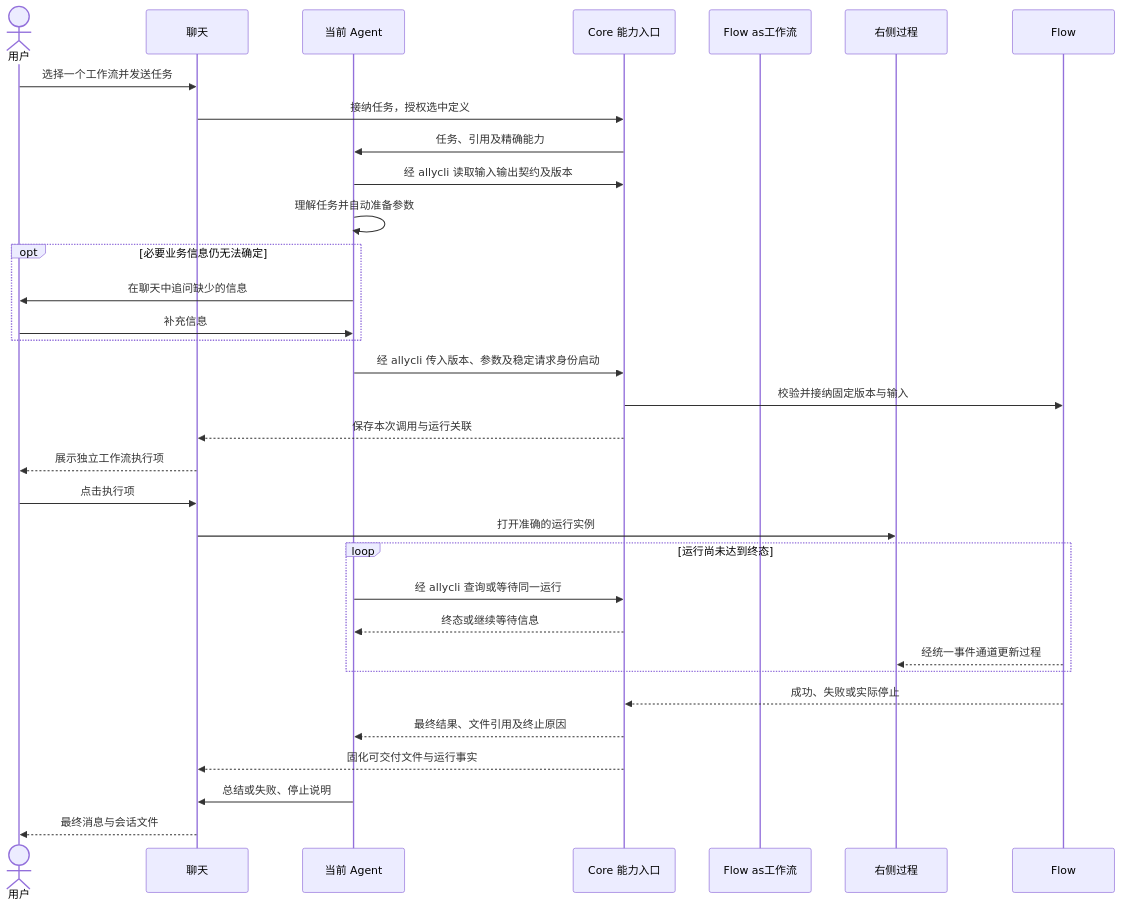
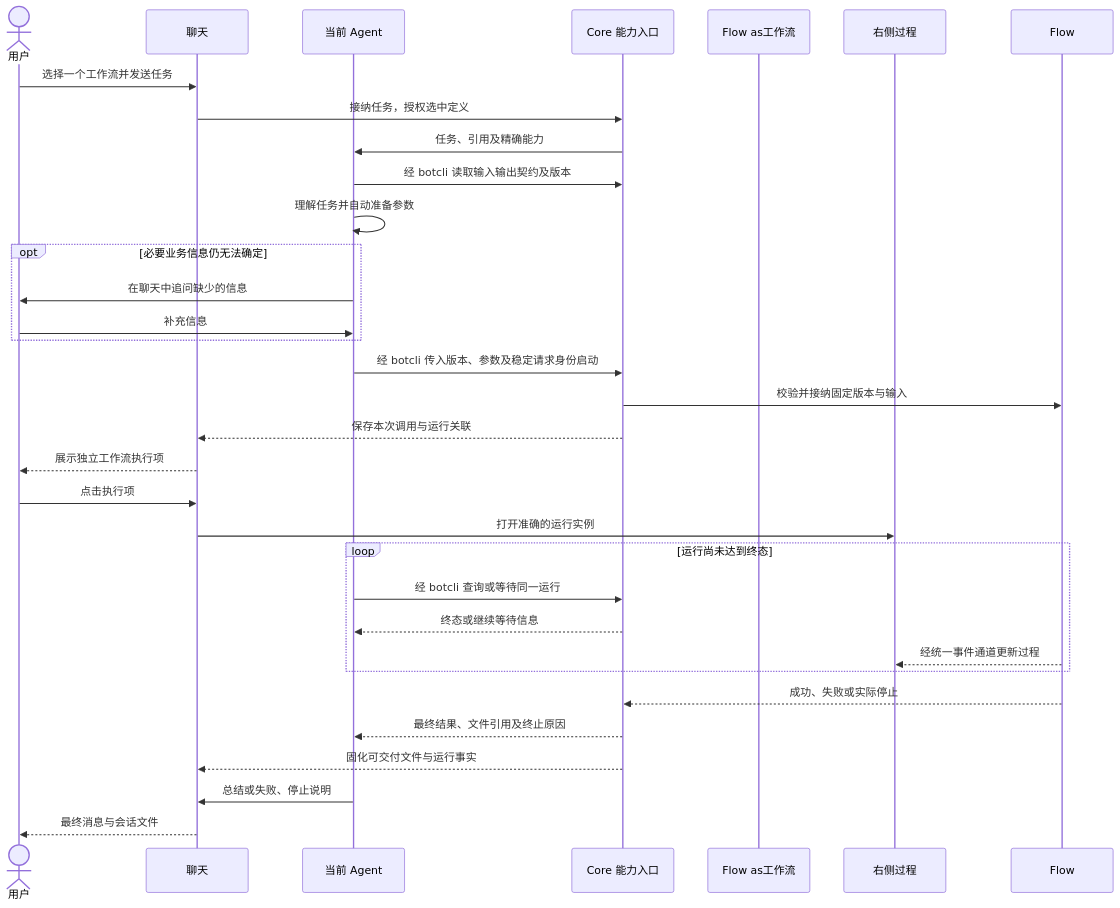
One commit to JieWaZi/NeuxBot changed the second of 2 diagrams in docs/discussions/workflow-agent-chat-cn.md. Above: the diagram before and after it, drawn with Mermaid. The commit also changed other lines of this file and 434 other files, not shown here.

````diff
--- a/docs/discussions/workflow-agent-chat-cn.md
+++ b/docs/discussions/workflow-agent-chat-cn.md
@@ -76,34 +76,34 @@
 ```mermaid
 sequenceDiagram
   actor User as 用户
   participant Chat as 聊天
   participant Agent as 当前 Agent
   participant Core as Core 能力入口
   participant Flow as工作流
   participant Panel as 右侧过程
   User->>Chat: 选择一个工作流并发送任务
   Chat->>Core: 接纳任务，授权选中定义
   Core->>Agent: 任务、引用及精确能力
-  Agent->>Core: 经 allycli 读取输入输出契约及版本
+  Agent->>Core: 经 botcli 读取输入输出契约及版本
   Agent->>Agent: 理解任务并自动准备参数
   opt 必要业务信息仍无法确定
     Agent->>User: 在聊天中追问缺少的信息
     User->>Agent: 补充信息
   end
-  Agent->>Core: 经 allycli 传入版本、参数及稳定请求身份启动
+  Agent->>Core: 经 botcli 传入版本、参数及稳定请求身份启动
   Core->>Flow: 校验并接纳固定版本与输入
   Core-->>Chat: 保存本次调用与运行关联
   Chat-->>User: 展示独立工作流执行项
   User->>Chat: 点击执行项
   Chat->>Panel: 打开准确的运行实例
   loop 运行尚未达到终态
-    Agent->>Core: 经 allycli 查询或等待同一运行
+    Agent->>Core: 经 botcli 查询或等待同一运行
     Core-->>Agent: 终态或继续等待信息
     Flow-->>Panel: 经统一事件通道更新过程
   end
   Flow-->>Core: 成功、失败或实际停止
   Core-->>Agent: 最终结果、文件引用及终止原因
   Core-->>Chat: 固化可交付文件与运行事实
   Agent->>Chat: 总结或失败、停止说明
   Chat-->>User: 最终消息与会话文件
 ```
````
